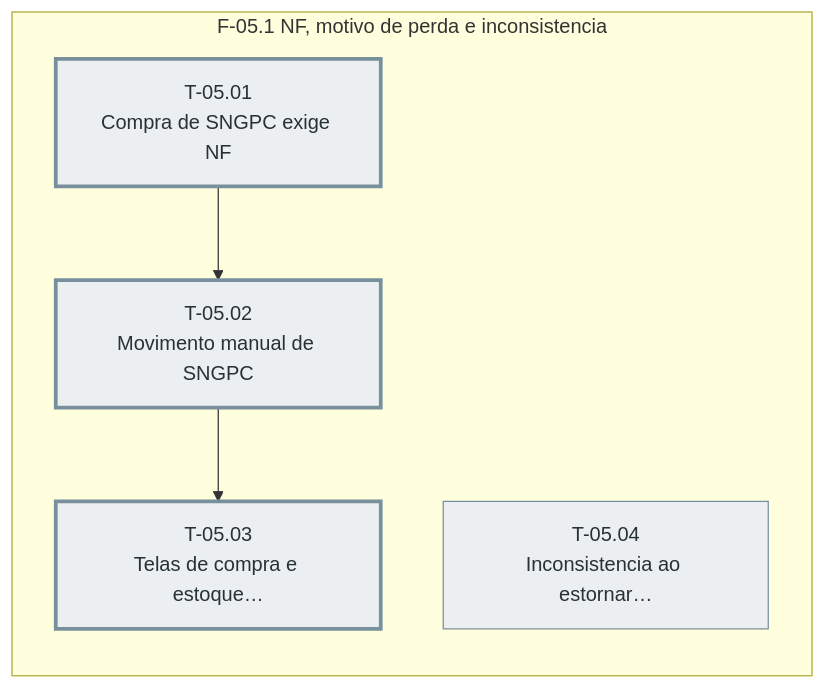
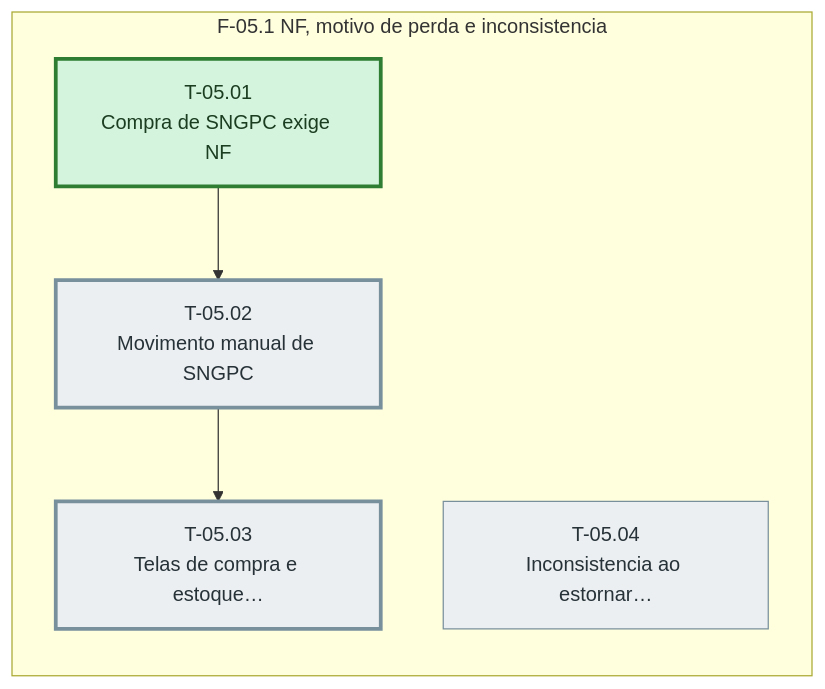
The diagram in docs/sprintx/features/farmacia-controlados/sprint-05/tasks.md (jonathasGodinho/jgsistemas-PDV), drawn with Mermaid before and after one commit. The commit also changed other lines of this file and 3 other files, not shown here.

````diff
--- a/docs/sprintx/features/farmacia-controlados/sprint-05/tasks.md
+++ b/docs/sprintx/features/farmacia-controlados/sprint-05/tasks.md
@@ -117,22 +117,22 @@
 ```mermaid
 %% Grafo de tasks — sprint-05 — gerado pela sprintx a partir deste arquivo
 flowchart LR
   subgraph fase_05_1["F-05.1 NF, motivo de perda e inconsistencia"]
     T_05_01["T-05.01<br/>Compra de SNGPC exige NF"]
     T_05_02["T-05.02<br/>Movimento manual de SNGPC"]
     T_05_03["T-05.03<br/>Telas de compra e estoque…"]
     T_05_04["T-05.04<br/>Inconsistencia ao estornar…"]
   end
   T_05_01 --> T_05_02
   T_05_02 --> T_05_03
   classDef concluida fill:#d4f4dd,stroke:#2e7d32,color:#1b3d20
   classDef andamento fill:#fff3cd,stroke:#b8860b,color:#4a3800
   classDef bloqueada fill:#f8d7da,stroke:#c62828,color:#4a1d1f
   classDef pendente  fill:#eceff1,stroke:#78909c,color:#263238
   classDef critico   stroke-width:3px
-  class T_05_01 pendente
+  class T_05_01 concluida
   class T_05_02 pendente
   class T_05_03 pendente
   class T_05_04 pendente
   class T_05_01,T_05_02,T_05_03 critico
 ```
````
